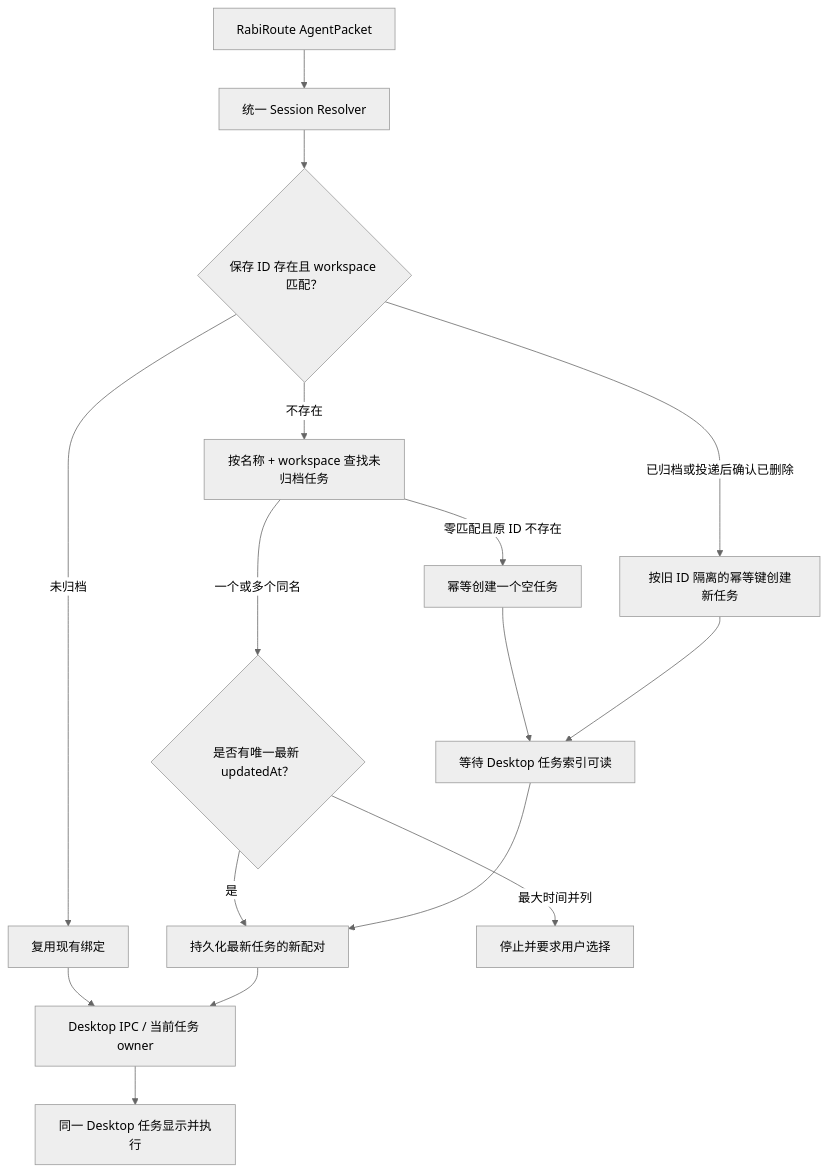
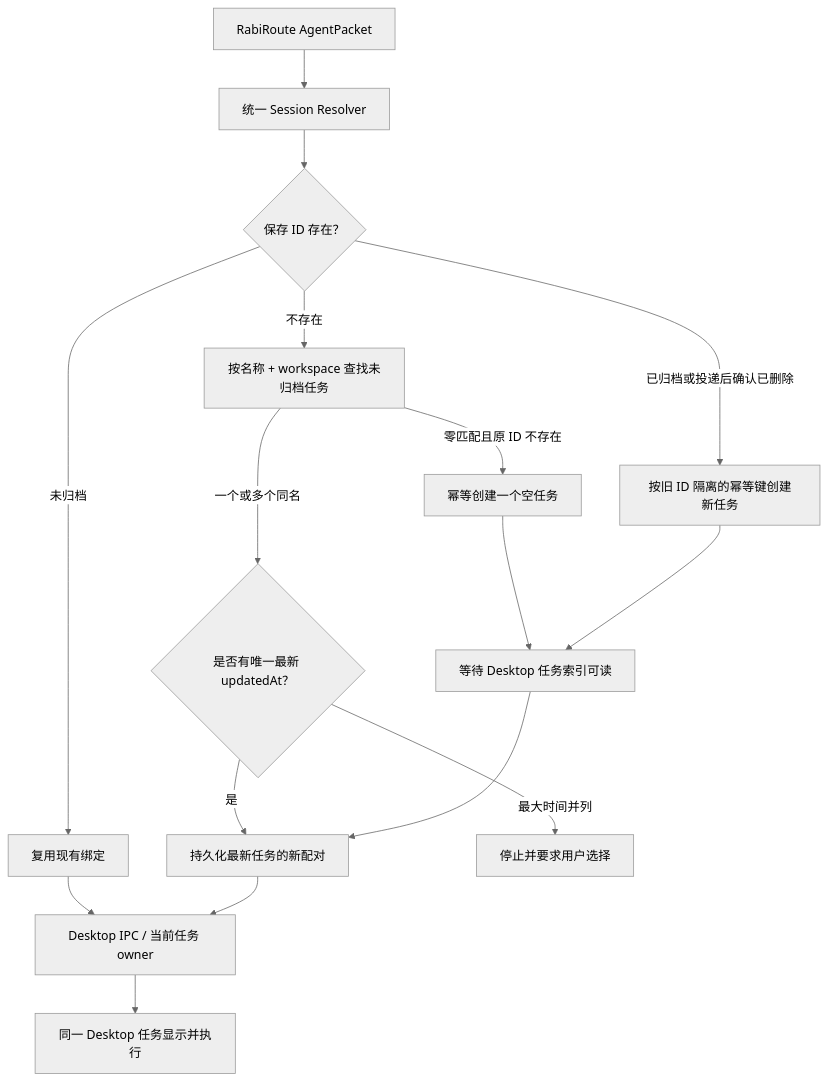
One commit to vb2250158/RabiRoute changed the diagram in docs/codex-desktop-agent-acceptance.md. Above: the diagram before and after it, drawn with Mermaid (neutral theme). The commit also changed other lines of this file and 140 other files, not shown here.

````diff
--- a/docs/codex-desktop-agent-acceptance.md
+++ b/docs/codex-desktop-agent-acceptance.md
@@ -38,18 +38,18 @@
 ```mermaid
 flowchart TD
     R["RabiRoute AgentPacket"] --> S["统一 Session Resolver"]
-    S --> V{"保存 ID 存在且 workspace 匹配？"}
+    S --> V{"保存 ID 存在？"}
     V -->|"未归档"| B["复用现有绑定"]
     V -->|"已归档或投递后确认已删除"| C2["按旧 ID 隔离的幂等键创建新任务"]
     V -->|"不存在"| L["按名称 + workspace 查找未归档任务"]
     L -->|"一个或多个同名"| N{"是否有唯一最新 updatedAt？"}
     L -->|"零匹配且原 ID 不存在"| C["幂等创建一个空任务"]
     N -->|"是"| P["持久化最新任务的新配对"]
     N -->|"最大时间并列"| A["停止并要求用户选择"]
     C --> W["等待 Desktop 任务索引可读"]
     C2 --> W
     W --> P
     B --> D["Desktop IPC / 当前任务 owner"]
     P --> D
     D --> T["同一 Desktop 任务显示并执行"]
 ```
````
